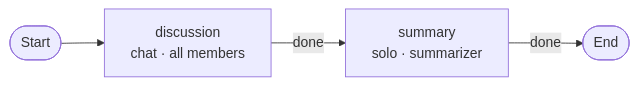
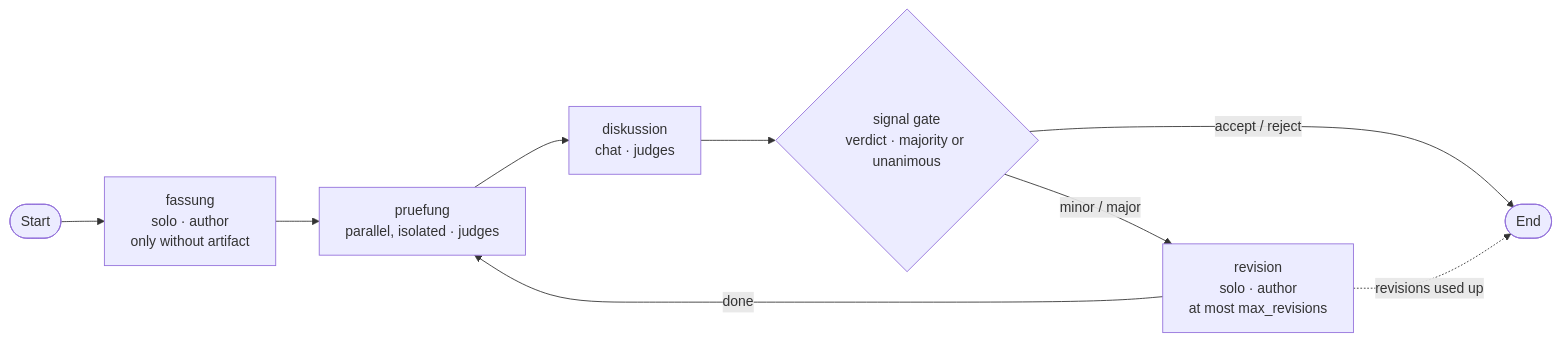
One commit to LinoBugia/agentic-research-runner changed the second of 6 diagrams in docs/research-groups.md. Above: the diagram before and after it, drawn with Mermaid. The commit also changed other lines of this file and 2 other files, not shown here.

First line of the commit message:
Doku: Start-Skills als Phasen, moderated, privater Kanal

````diff
--- a/docs/research-groups.md
+++ b/docs/research-groups.md
@@ -245,6 +263,11 @@
 ```mermaid
 flowchart LR
-  S(["Start"]) --> D["discussion<br/>chat · all members"]
-  D -->|done| Z["summary<br/>solo · summarizer"]
-  Z -->|done| E(["End"])
+  S(["Start"]) --> F["fassung<br/>solo · author<br/>only without artifact"]
+  F --> P["pruefung<br/>parallel, isolated · judges"]
+  P --> D["diskussion<br/>chat · judges"]
+  D --> G{"signal gate<br/>verdict · majority or unanimous"}
+  G -->|"accept / reject"| E(["End"])
+  G -->|"minor / major"| X["revision<br/>solo · author<br/>at most max_revisions"]
+  X -->|done| P
+  X -.->|"revisions used up"| E
 ```
````
